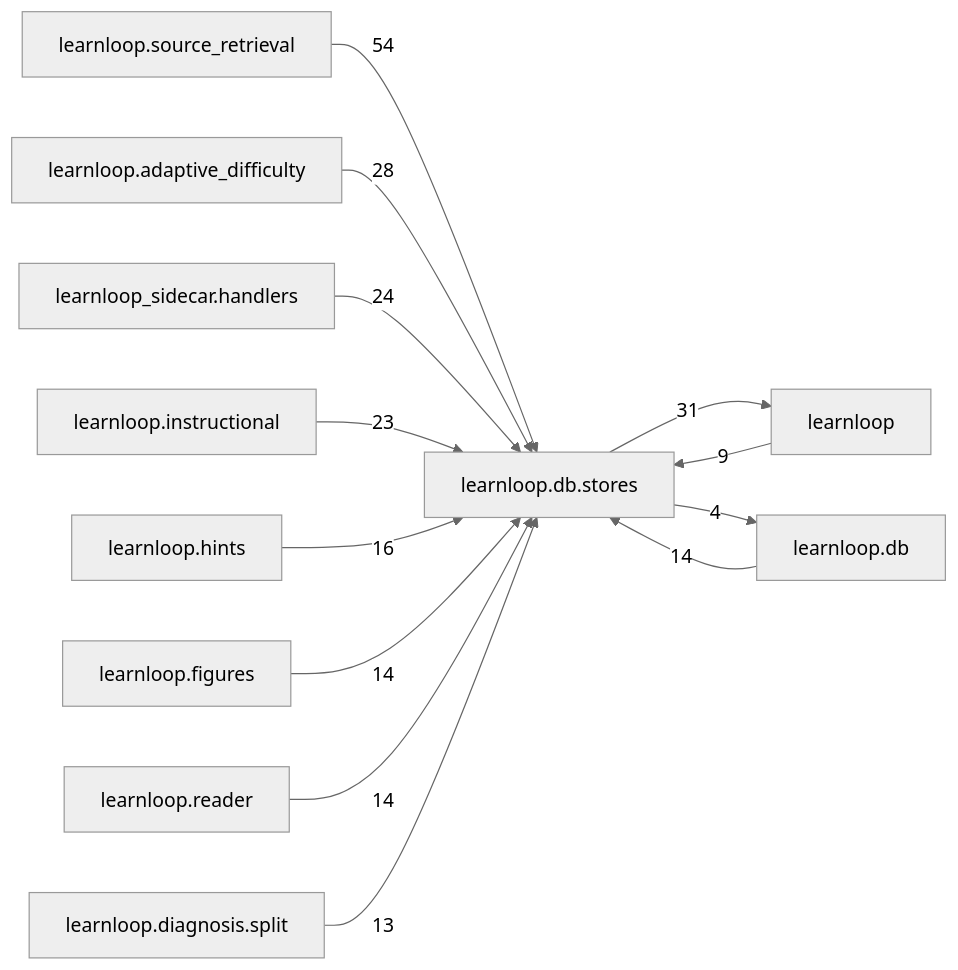
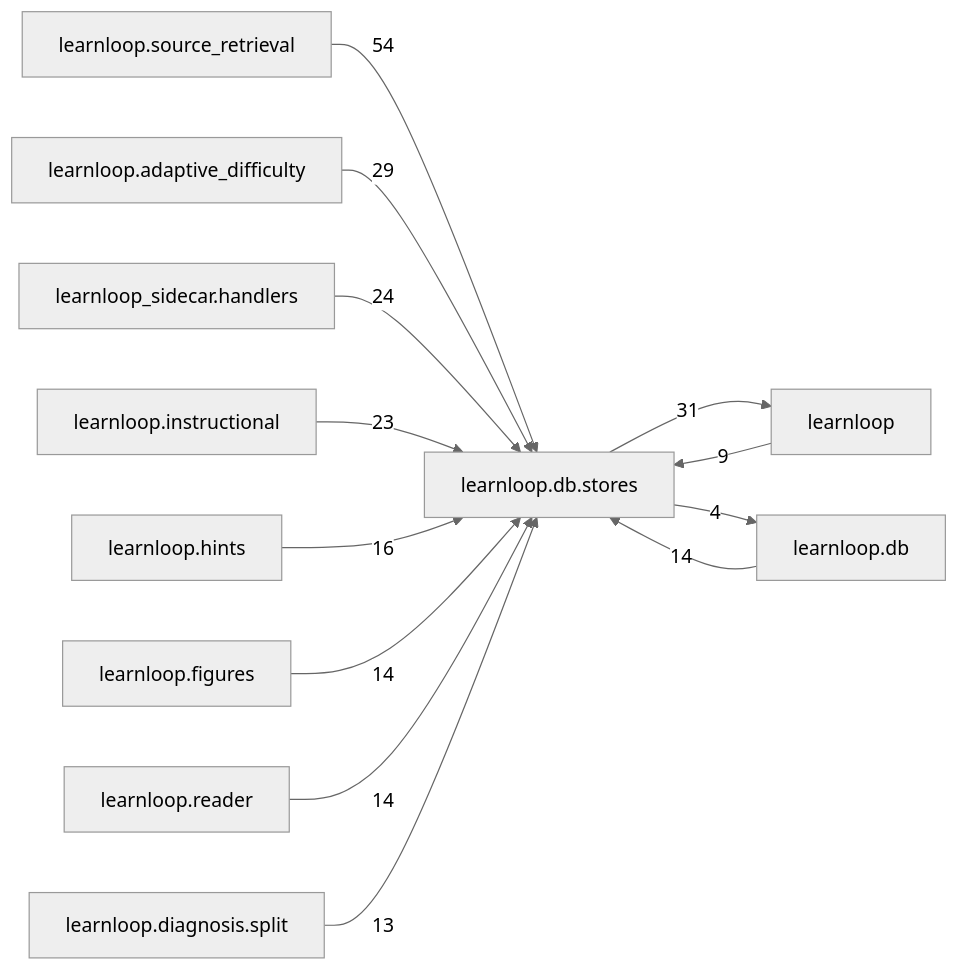
One commit to 6up-b/learnanything changed the diagram in docs/learnloop-architecture-vault/Reference/Modules/learnloop/db/stores/_package.md. Above: the diagram before and after it, drawn with Mermaid (neutral theme). The commit also changed other lines of this file and 45 other files, not shown here.

````diff
--- a/docs/learnloop-architecture-vault/Reference/Modules/learnloop/db/stores/_package.md
+++ b/docs/learnloop-architecture-vault/Reference/Modules/learnloop/db/stores/_package.md
@@ -218,26 +218,26 @@
 ```mermaid
 flowchart LR
     center["learnloop.db.stores"]
     n_learnloop_source_retrieval["learnloop.source_retrieval"]
     n_learnloop["learnloop"]
     n_learnloop_adaptive_difficulty["learnloop.adaptive_difficulty"]
     n_learnloop_sidecar_handlers["learnloop_sidecar.handlers"]
     n_learnloop_instructional["learnloop.instructional"]
     n_learnloop_db["learnloop.db"]
     n_learnloop_hints["learnloop.hints"]
     n_learnloop_figures["learnloop.figures"]
     n_learnloop_reader["learnloop.reader"]
     n_learnloop_diagnosis_split["learnloop.diagnosis.split"]
     n_learnloop_source_retrieval -->|54| center
     n_learnloop -->|9| center
     center -->|31| n_learnloop
-    n_learnloop_adaptive_difficulty -->|28| center
+    n_learnloop_adaptive_difficulty -->|29| center
     n_learnloop_sidecar_handlers -->|24| center
     n_learnloop_instructional -->|23| center
     n_learnloop_db -->|14| center
     center -->|4| n_learnloop_db
     n_learnloop_hints -->|16| center
     n_learnloop_figures -->|14| center
     n_learnloop_reader -->|14| center
     n_learnloop_diagnosis_split -->|13| center
 ```
````
